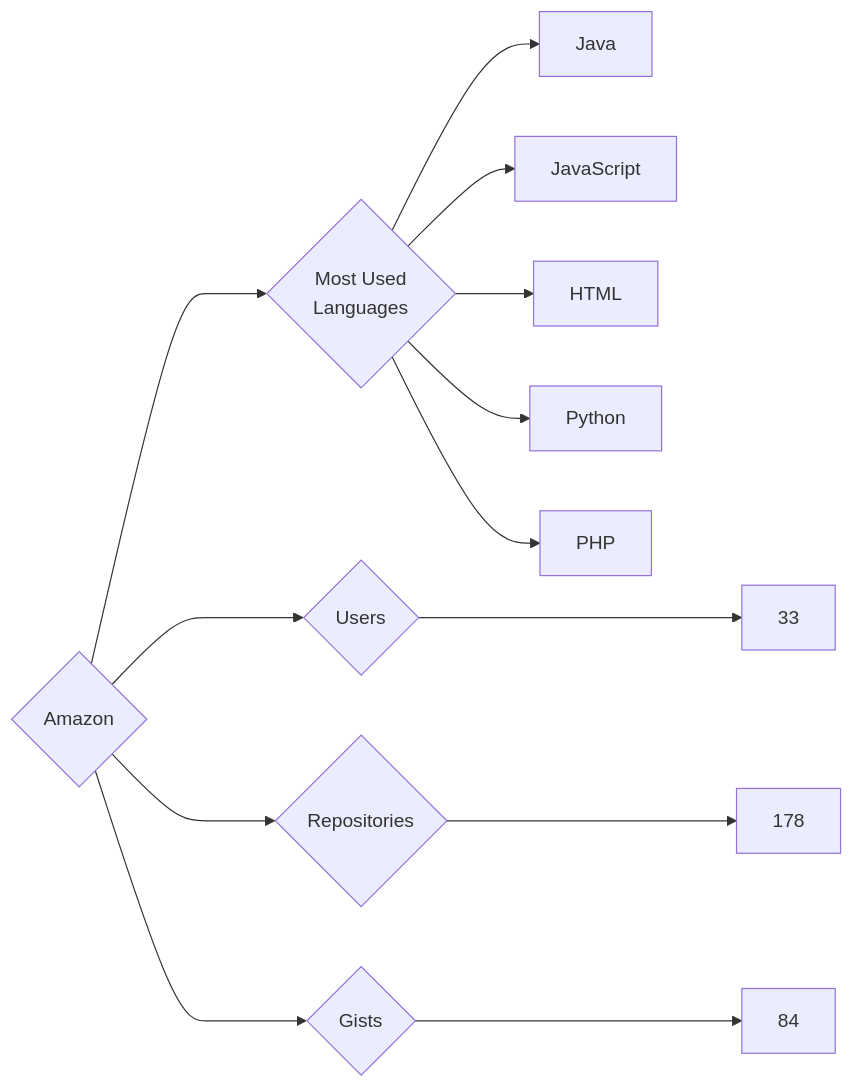
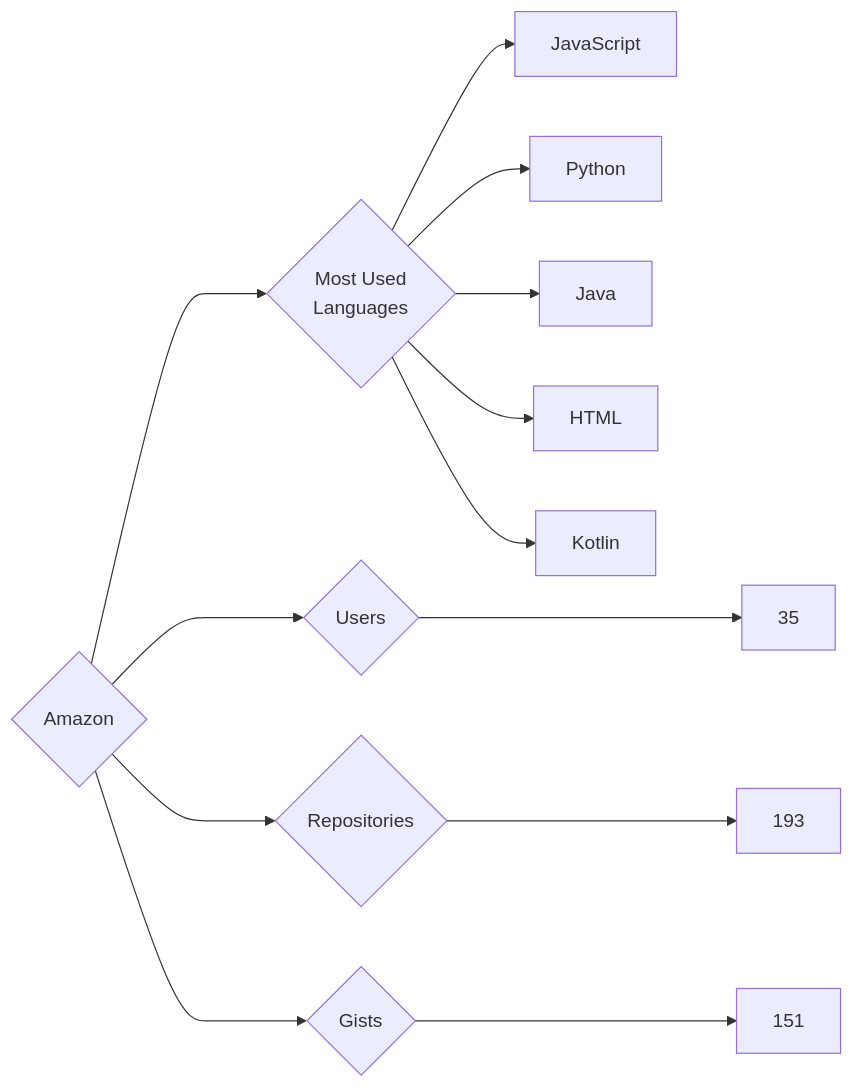
The diagram in targets/Amazon/README.md (trickest/insiders), drawn with Mermaid before and after one commit. The commit also changed 900 other files, not shown here.

````diff
--- a/targets/Amazon/README.md
+++ b/targets/Amazon/README.md
@@ -3,13 +3,13 @@
 ```mermaid
 graph LR
 COMPANY_NAME{Amazon}
-COMPANY_NAME ---> U{Users} ---> UN[33]
-COMPANY_NAME ---> R{Repositories} ---> RN[178]
-COMPANY_NAME ---> G{Gists} ---> GN[84]
+COMPANY_NAME ---> U{Users} ---> UN[35]
+COMPANY_NAME ---> R{Repositories} ---> RN[193]
+COMPANY_NAME ---> G{Gists} ---> GN[151]
 COMPANY_NAME ---> ML{Most Used<br>Languages}
+ML --> JavaScript[JavaScript]
+ML --> Python[Python]
 ML --> Java[Java]
-ML --> JavaScript[JavaScript]
 ML --> HTML[HTML]
-ML --> Python[Python]
-ML --> PHP[PHP]
+ML --> Kotlin[Kotlin]
 ```
````
